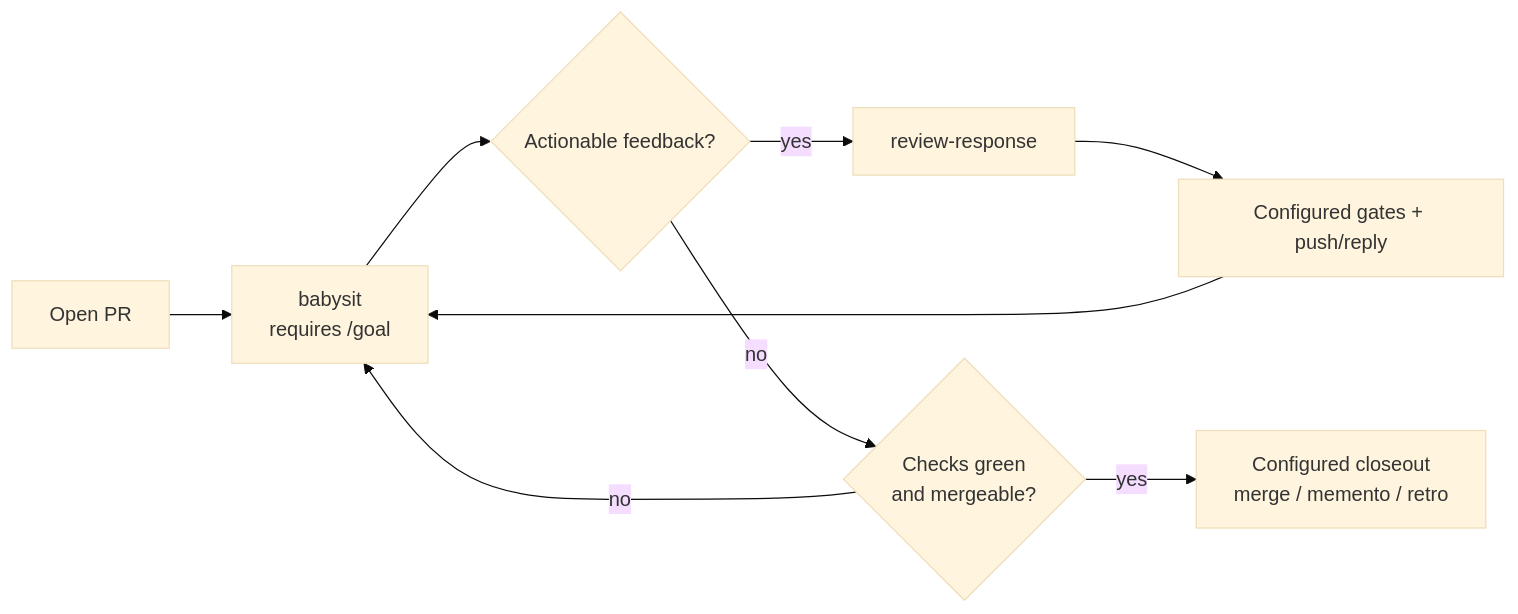
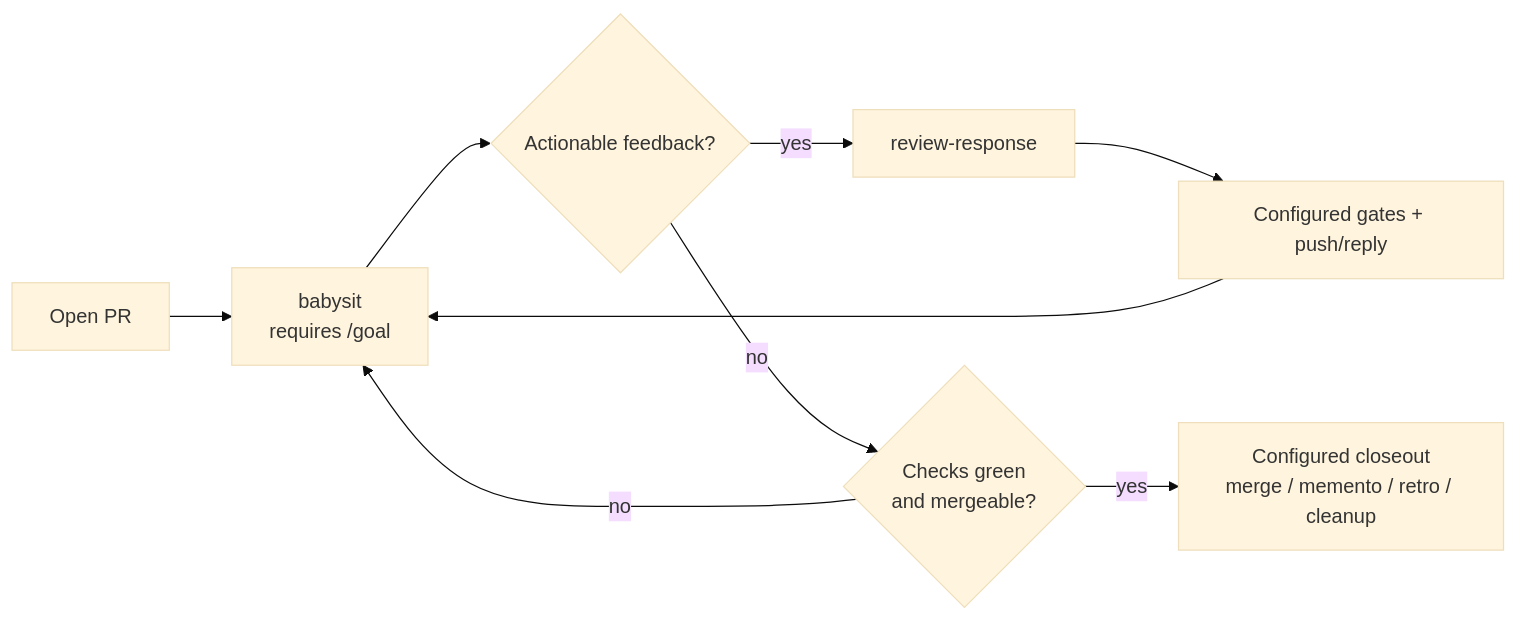
Before and after one commit to sandsower/beislid: the fifth of 6 diagrams in docs/workflows.md, drawn with Mermaid (base theme). The commit also changed other lines of this file and 30 other files, not shown here.

First line of the commit message:
Add a cleanup closeout stage to babysit (#159)

````diff
--- a/docs/workflows.md
+++ b/docs/workflows.md
@@ -131,11 +131,11 @@
 ```mermaid
 flowchart LR
   A["Open PR"] --> B["babysit<br/>requires /goal"]
   B --> C{"Actionable feedback?"}
   C -- "yes" --> D["review-response"]
   D --> E["Configured gates + push/reply"]
   E --> B
   C -- "no" --> F{"Checks green<br/>and mergeable?"}
   F -- "no" --> B
-  F -- "yes" --> G["Configured closeout<br/>merge / memento / retro"]
+  F -- "yes" --> G["Configured closeout<br/>merge / memento / retro / cleanup"]
 ```
````
